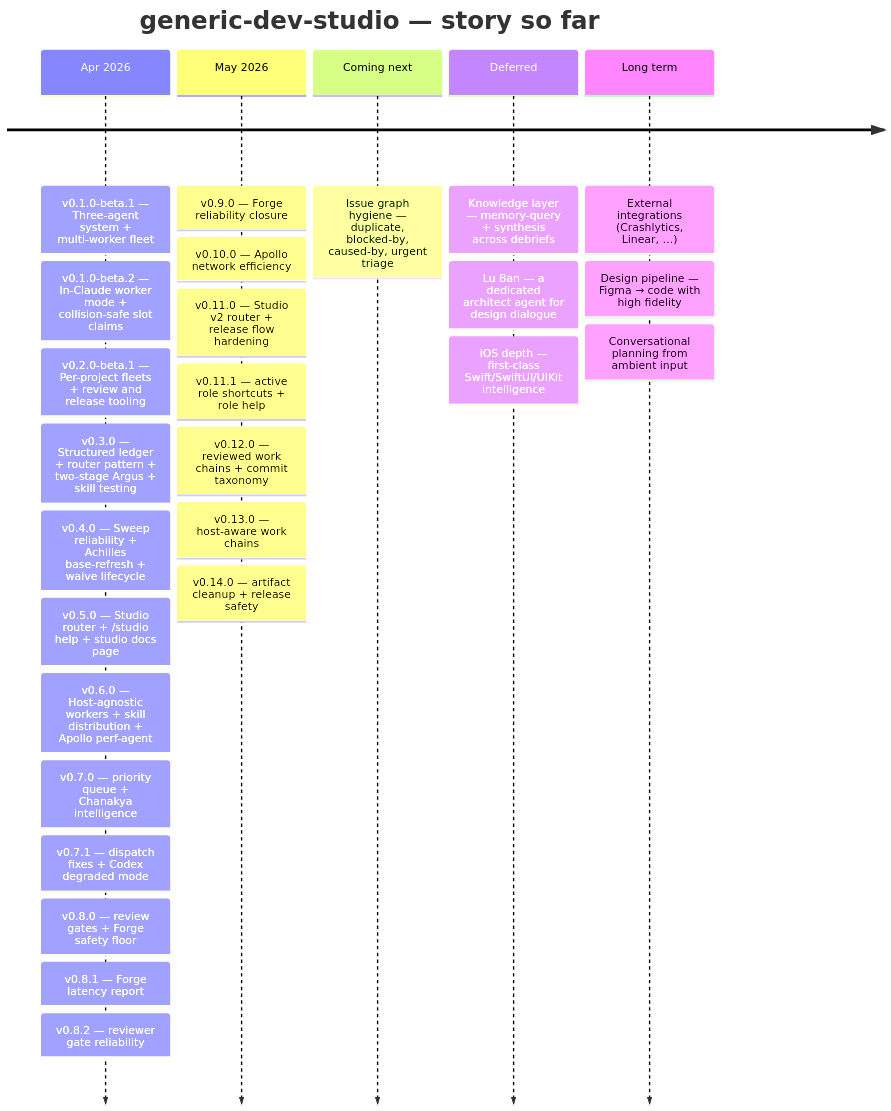
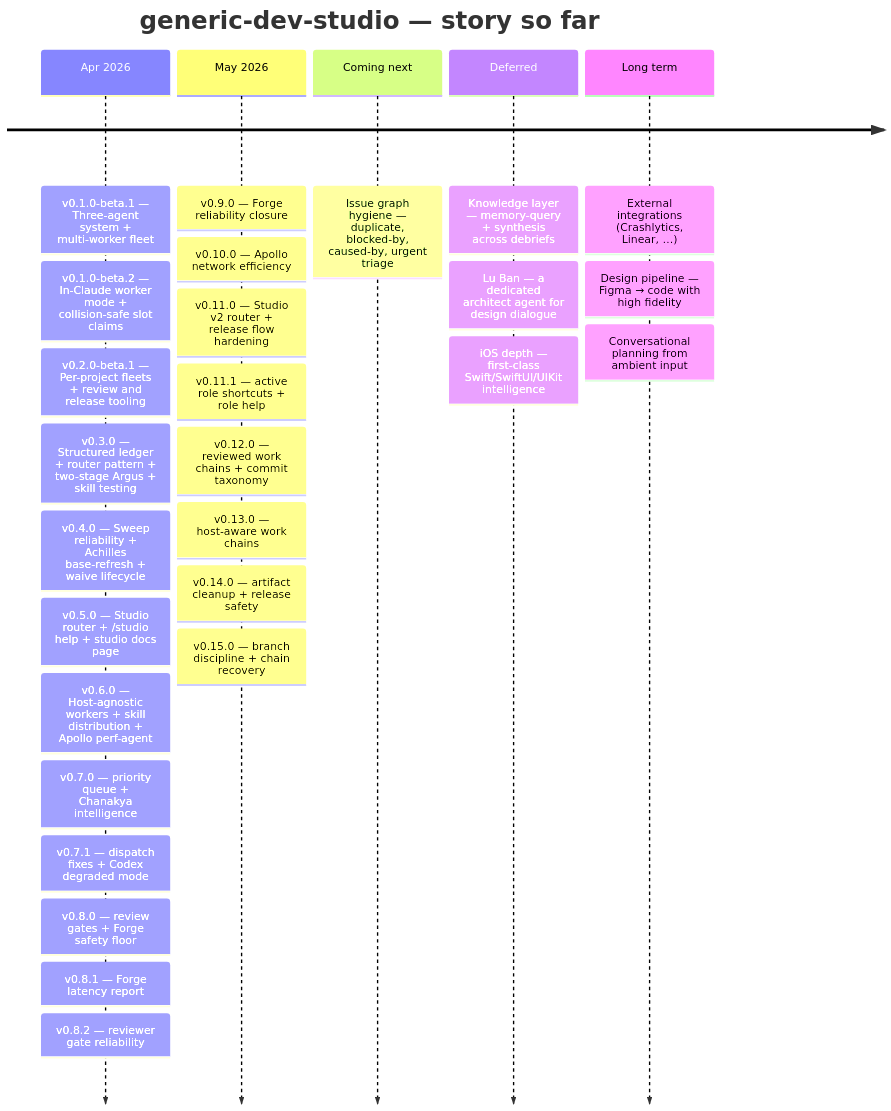
The diagram in README.md (v-i-s-h-a-l/generic-dev-studio), drawn with Mermaid before and after one commit. The commit also changed other lines of this file and 2 other files, not shown here.

Commit message:
release: update README for v0.15.0
Problem: v0.15.0 release needs the README roadmap and story surfaces updated before the tag is published.

Solution: add the v0.15.0 timeline entry and prepend the release summary to Story so far.

Implementation notes: GitHub Releases remains the canonical release notes surface; detailed notes are drafted separately for the release publication.

Caveats: no command surface changes in this commit.

Change-Type: release

portable: yes

Studio-Host: codex

````diff
--- a/README.md
+++ b/README.md
@@ -13,30 +13,31 @@
 ```mermaid
 timeline
     title generic-dev-studio — story so far
     Apr 2026 : v0.1.0-beta.1 — Three-agent system + multi-worker fleet
              : v0.1.0-beta.2 — In-Claude worker mode + collision-safe slot claims
              : v0.2.0-beta.1 — Per-project fleets + review and release tooling
              : v0.3.0 — Structured ledger + router pattern + two-stage Argus + skill testing
              : v0.4.0 — Sweep reliability + Achilles base-refresh + waive lifecycle
              : v0.5.0 — Studio router + /studio help + studio docs page
              : v0.6.0 — Host-agnostic workers + skill distribution + Apollo perf-agent
              : v0.7.0 — priority queue + Chanakya intelligence
              : v0.7.1 — dispatch fixes + Codex degraded mode
              : v0.8.0 — review gates + Forge safety floor
              : v0.8.1 — Forge latency report
              : v0.8.2 — reviewer gate reliability
     May 2026 : v0.9.0 — Forge reliability closure
              : v0.10.0 — Apollo network efficiency
              : v0.11.0 — Studio v2 router + release flow hardening
              : v0.11.1 — active role shortcuts + role help
              : v0.12.0 — reviewed work chains + commit taxonomy
              : v0.13.0 — host-aware work chains
              : v0.14.0 — artifact cleanup + release safety
+             : v0.15.0 — branch discipline + chain recovery
     Coming next : Issue graph hygiene — duplicate, blocked-by, caused-by, urgent triage
     Deferred : Knowledge layer — memory-query + synthesis across debriefs
              : Lu Ban — a dedicated architect agent for design dialogue
              : iOS depth — first-class Swift/SwiftUI/UIKit intelligence
     Long term : External integrations (Crashlytics, Linear, …)
               : Design pipeline — Figma → code with high fidelity
               : Conversational planning from ambient input
 ```
````
